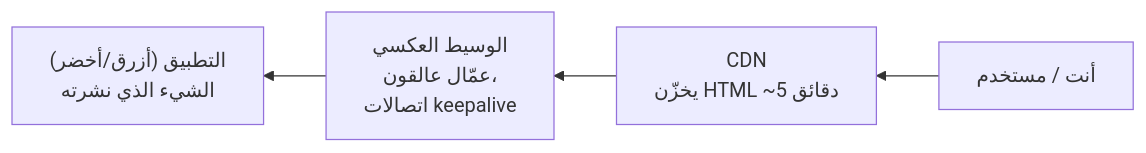
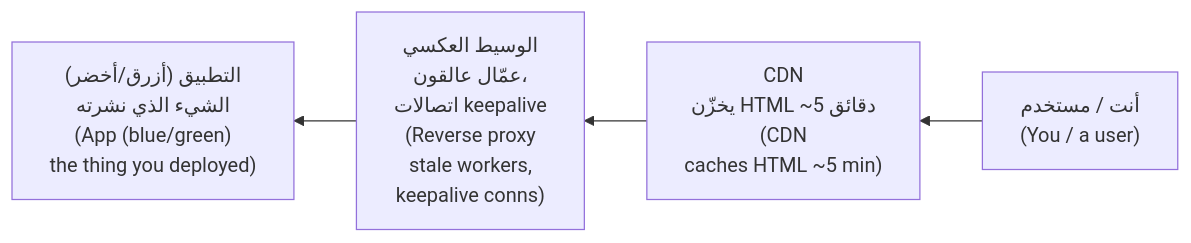
Before and after one commit to Tamoura/system-design-for-vibe-coders: the third of 5 diagrams in modules/04-deploys/module.ar.md, drawn with Mermaid. The commit also changed other lines of this file and 62 other files, not shown here.

First line of the commit message:
Arabic editions: English on every diagram label, RTL fixes, rebuild

````diff
--- a/modules/04-deploys/module.ar.md
+++ b/modules/04-deploys/module.ar.md
@@ -237,6 +237,6 @@
 ```mermaid
 flowchart RL
-    U["أنت / مستخدم"] --> CDN["CDN<br/>يخزّن HTML ~5 دقائق"]
-    CDN --> PROXY["الوسيط العكسي<br/>عمّال عالقون،<br/>اتصالات keepalive"]
-    PROXY --> APP["التطبيق (أزرق/أخضر)<br/>الشيء الذي نشرته"]
+    U["أنت / مستخدم<br/>(You / a user)"] --> CDN["CDN<br/>يخزّن HTML ~5 دقائق<br/>(CDN<br/>caches HTML ~5 min)"]
+    CDN --> PROXY["الوسيط العكسي<br/>عمّال عالقون،<br/>اتصالات keepalive<br/>(Reverse proxy<br/>stale workers,<br/>keepalive conns)"]
+    PROXY --> APP["التطبيق (أزرق/أخضر)<br/>الشيء الذي نشرته<br/>(App (blue/green)<br/>the thing you deployed)"]
 ```
````
